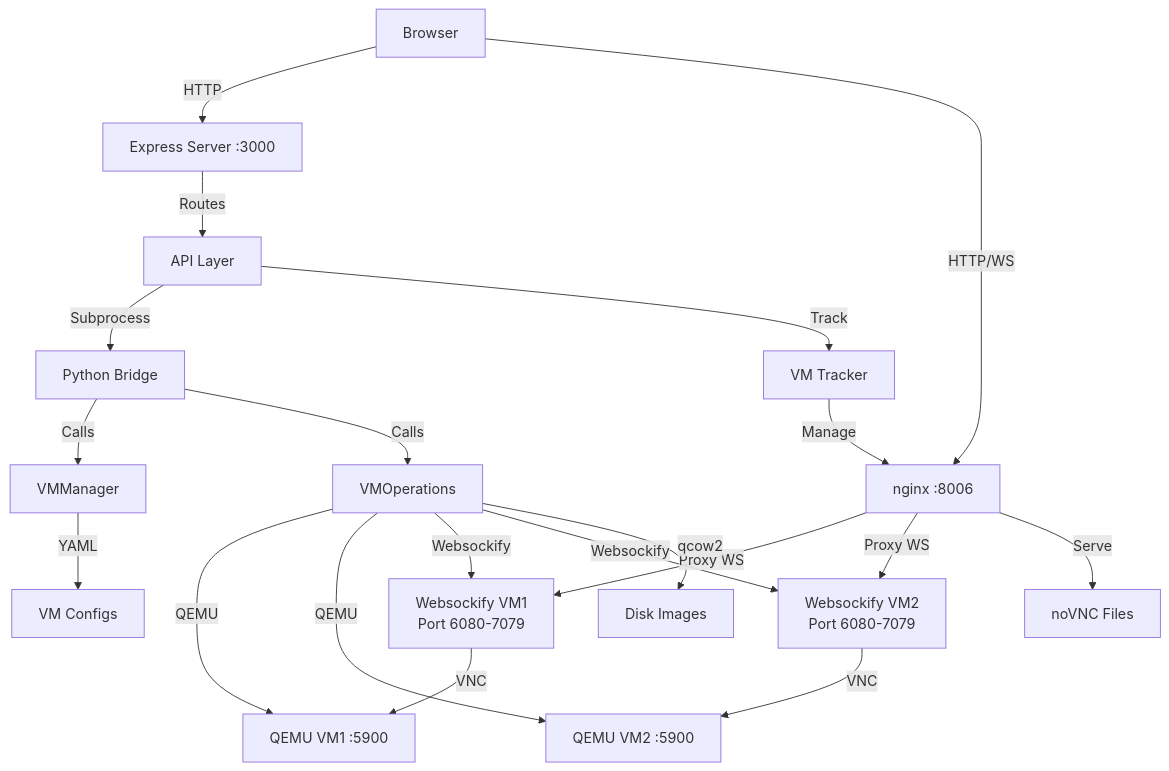
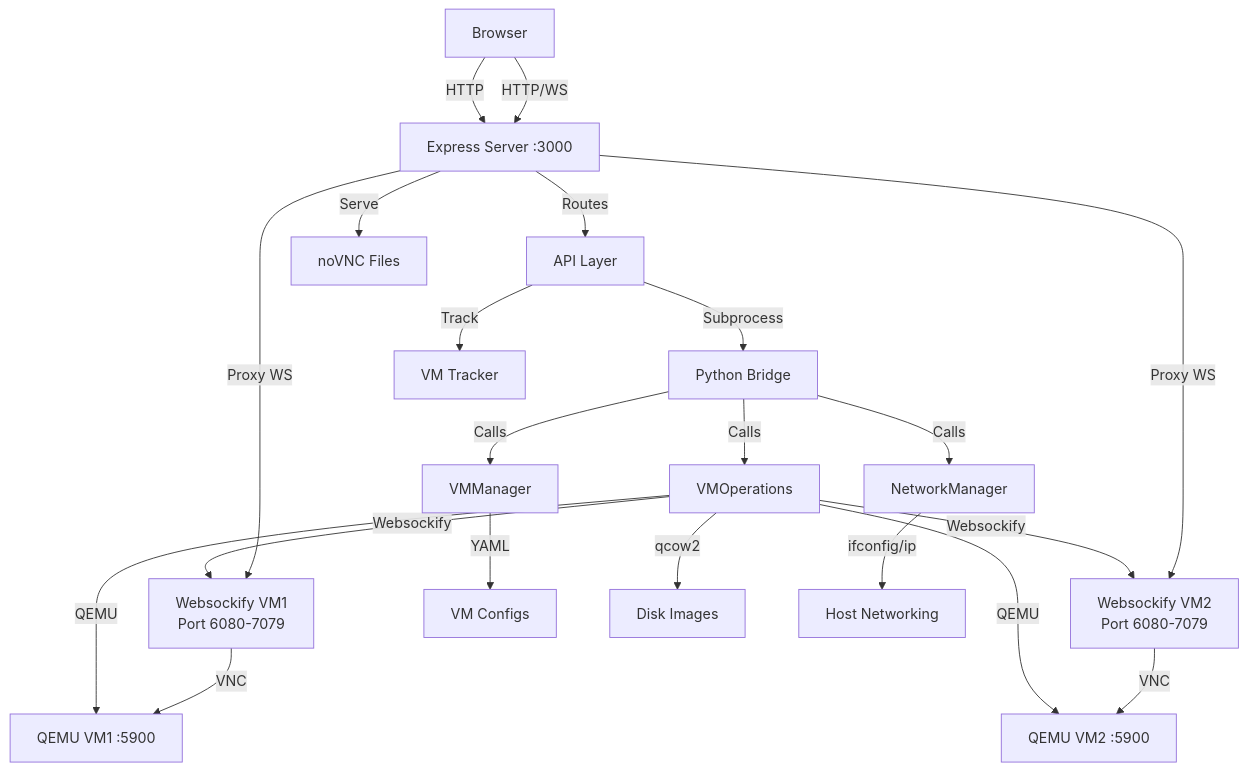
One commit to cayubweeums-repos/cyber_workbench changed the first of 6 diagrams in docs/architecture.md. Above: the diagram before and after it, drawn with Mermaid. The commit also changed 12 other files, not shown here.

````diff
--- a/docs/architecture.md
+++ b/docs/architecture.md
@@ -5,22 +5,23 @@
 ```mermaid
 graph TB
     Browser[Browser] -->|HTTP| Express[Express Server :3000]
-    Browser -->|HTTP/WS| Nginx[nginx :8006]
+    Browser -->|HTTP/WS| Express
     Express -->|Routes| API[API Layer]
     API -->|Subprocess| Python[Python Bridge]
     Python -->|Calls| VMManager[VMManager]
     Python -->|Calls| VMOps[VMOperations]
+    Python -->|Calls| NetMgr[NetworkManager]
     VMOps -->|QEMU| QEMU1[QEMU VM1 :5900]
     VMOps -->|QEMU| QEMU2[QEMU VM2 :5900]
     VMOps -->|Websockify| WS1[Websockify VM1<br/>Port 6080-7079]
     VMOps -->|Websockify| WS2[Websockify VM2<br/>Port 6080-7079]
     WS1 -->|VNC| QEMU1
     WS2 -->|VNC| QEMU2
-    Nginx -->|Proxy WS| WS1
-    Nginx -->|Proxy WS| WS2
-    Nginx -->|Serve| noVNC[noVNC Files]
+    Express -->|Proxy WS| WS1
+    Express -->|Proxy WS| WS2
+    Express -->|Serve| noVNC[noVNC Files]
     VMManager -->|YAML| Config[VM Configs]
     VMOps -->|qcow2| Disks[Disk Images]
     API -->|Track| Tracker[VM Tracker]
-    Tracker -->|Manage| Nginx
+    NetMgr -->|ifconfig/ip| System[Host Networking]
 ```
````
